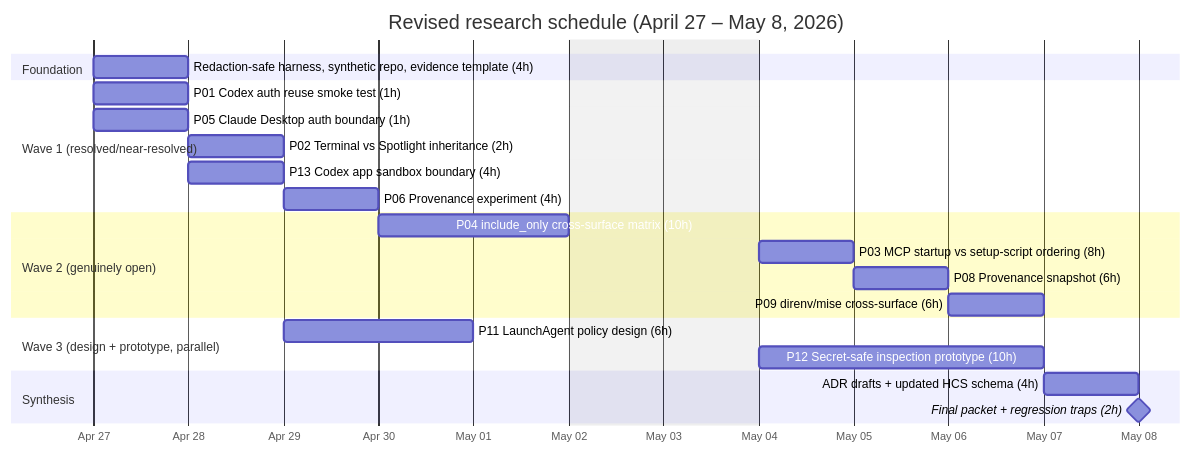
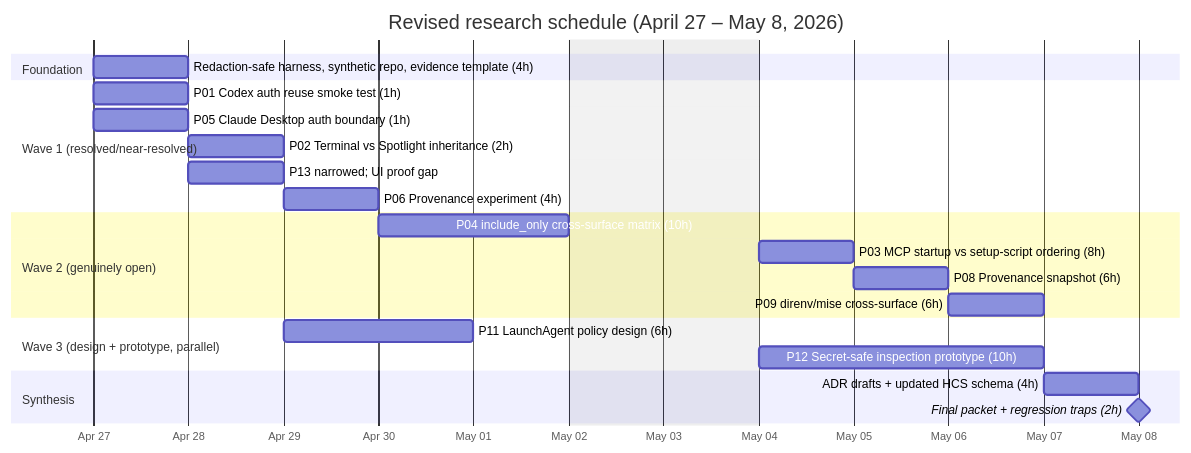
The diagram in docs/host-capability-substrate/shell-environment-research.md (verlyn13/host-capability-substrate), drawn with Mermaid before and after one commit. The commit also changed other lines of this file and 2 other files, not shown here.

Commit message:
docs: narrow p13 app sandbox boundary

````diff
--- a/docs/host-capability-substrate/shell-environment-research.md
+++ b/docs/host-capability-substrate/shell-environment-research.md
@@ -526,31 +526,31 @@
 ```mermaid
 gantt
     title Revised research schedule (April 27 – May 8, 2026)
     dateFormat  YYYY-MM-DD
     axisFormat  %b %d
     excludes weekends
 
     section Foundation
     Redaction-safe harness, synthetic repo, evidence template (4h) :a0, 2026-04-27, 1d
 
     section Wave 1 (resolved/near-resolved)
     P01 Codex auth reuse smoke test (1h)    :a1, 2026-04-27, 1d
     P05 Claude Desktop auth boundary (1h)   :a2, 2026-04-27, 1d
     P02 Terminal vs Spotlight inheritance (2h) :a3, 2026-04-28, 1d
-    P13 Codex app sandbox boundary (4h)     :a4, 2026-04-28, 1d
+    P13 narrowed; UI proof gap             :a4, 2026-04-28, 1d
     P06 Provenance experiment (4h)          :a5, 2026-04-29, 1d
 
     section Wave 2 (genuinely open)
     P04 include_only cross-surface matrix (10h) :b1, 2026-04-30, 2d
     P03 MCP startup vs setup-script ordering (8h) :b2, 2026-05-04, 1d
     P08 Provenance snapshot (6h)            :b3, 2026-05-05, 1d
     P09 direnv/mise cross-surface (6h)      :b4, 2026-05-06, 1d
 
     section Wave 3 (design + prototype, parallel)
     P11 LaunchAgent policy design (6h)      :c1, 2026-04-29, 2d
     P12 Secret-safe inspection prototype (10h) :c2, 2026-05-04, 3d
 
     section Synthesis
     ADR drafts + updated HCS schema (4h)    :d1, 2026-05-07, 1d
     Final packet + regression traps (2h)    :milestone, d2, 2026-05-08, 0d
 ```
````
